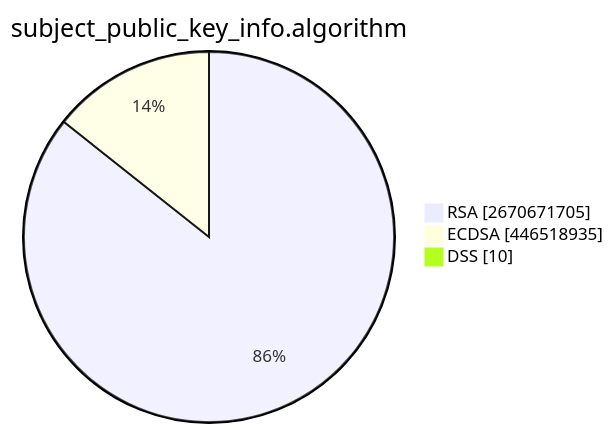
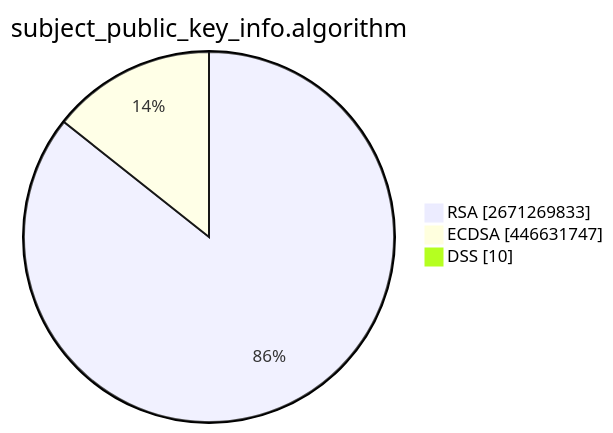
The second of 15 diagrams in TOTAL/README.md (christiankrug/ctmonitor_visualization), drawn with Mermaid before and after one commit. The commit also changed other lines of this file, not shown here.

````diff
--- a/TOTAL/README.md
+++ b/TOTAL/README.md
@@ -6,7 +6,7 @@
 ```mermaid
 pie showData
 title subject_public_key_info.algorithm
-"RSA" :2670671705
-"ECDSA" :446518935
+"RSA" :2671269833
+"ECDSA" :446631747
 "DSS" :10
 ```
````
